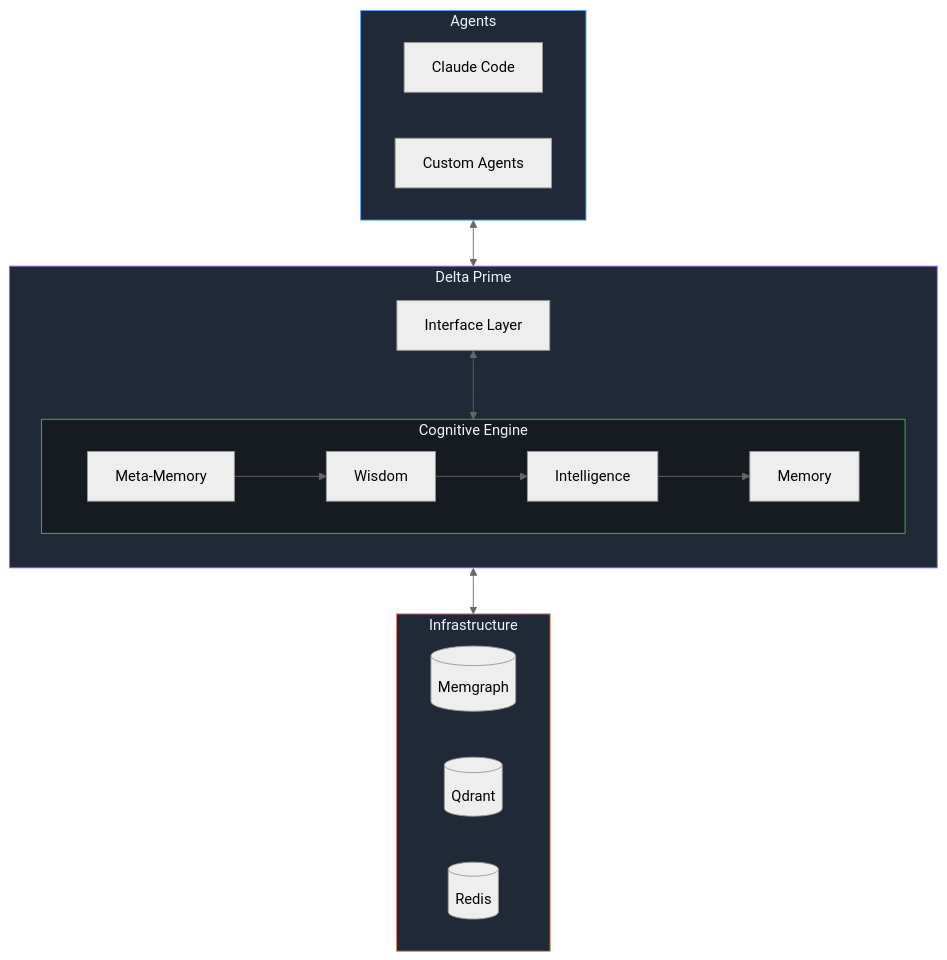
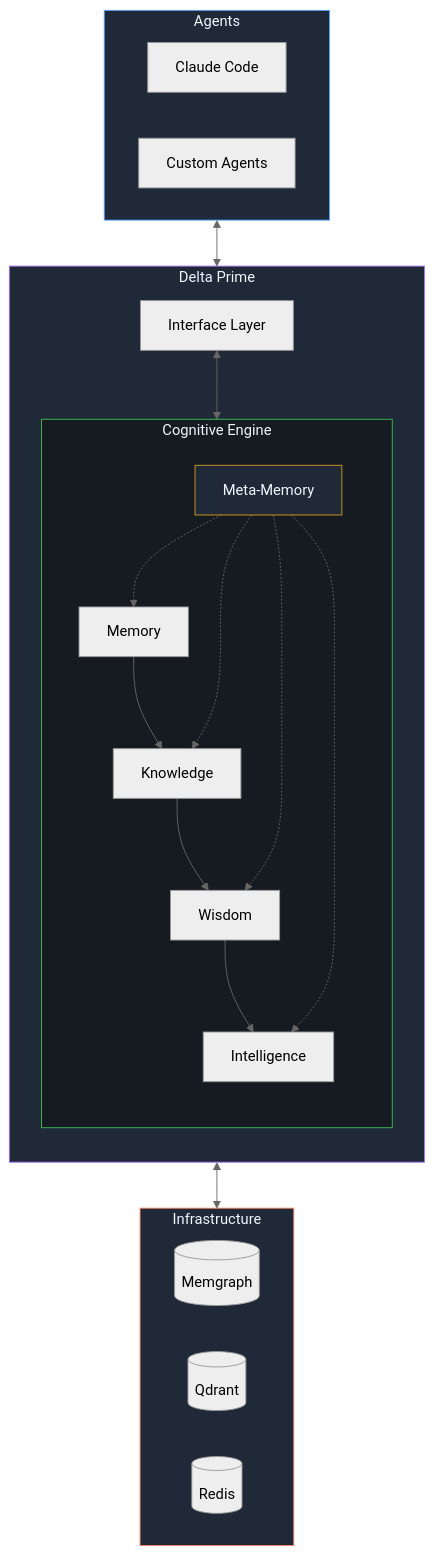
Before and after one commit to delta-prime/.github: the sixth of 6 diagrams in profile/README.md, drawn with Mermaid (neutral theme). The commit also changed other lines of this file, not shown here.

First line of the commit message:
docs: fix cognitive stack diagrams + add meta-memory

````diff
--- a/profile/README.md
+++ b/profile/README.md
@@ -129,39 +153,46 @@
 ```mermaid
 flowchart TB
     subgraph AGENTS["Agents"]
         A1[Claude Code]
         A2[Custom Agents]
     end
 
     subgraph DELTA["Delta Prime"]
         direction TB
         subgraph COGNITIVE["Cognitive Engine"]
+            direction TB
+            MEM[Memory]
+            KNOW[Knowledge]
+            WIS[Wisdom]
+            INTEL[Intelligence]
             META[Meta-Memory]
-            WISDOM[Wisdom]
-            INTEL[Intelligence]
-            MEM[Memory]
             
-            META --> WISDOM
-            WISDOM --> INTEL
-            INTEL --> MEM
+            MEM --> KNOW
+            KNOW --> WIS
+            WIS --> INTEL
+            META -.-> MEM
+            META -.-> KNOW
+            META -.-> WIS
+            META -.-> INTEL
         end
         
         API[Interface Layer]
     end
 
     subgraph INFRA["Infrastructure"]
         direction LR
         MG[(Memgraph)]
         QD[(Qdrant)]
         RD[(Redis)]
     end
 
     AGENTS <--> API
     API <--> COGNITIVE
     COGNITIVE <--> INFRA
     
     style AGENTS fill:#1f2937,stroke:#58a6ff,color:#f0f6fc
     style DELTA fill:#1f2937,stroke:#a371f7,color:#f0f6fc
     style COGNITIVE fill:#161b22,stroke:#3fb950,color:#f0f6fc
     style INFRA fill:#1f2937,stroke:#f78166,color:#f0f6fc
+    style META fill:#1f2937,stroke:#d29922,color:#f0f6fc
 ```
````
